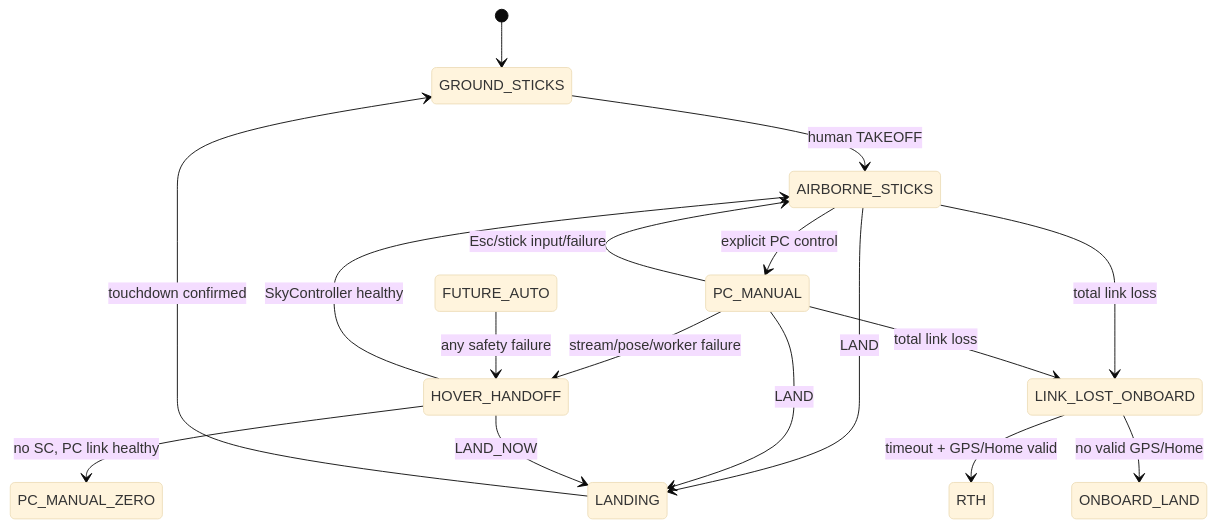
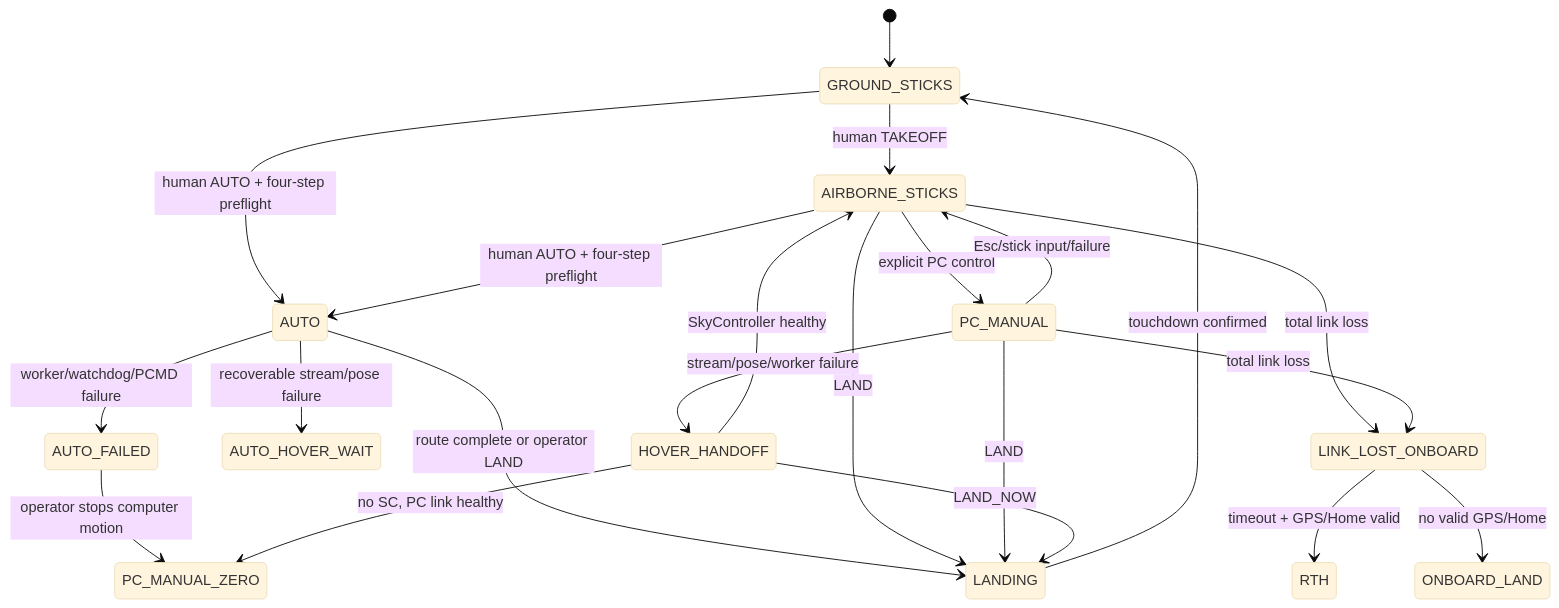
The fifth of 5 diagrams in 文件/SYSTEM_SPEC.md (1122-gggggg/wulai-sfm-localization), drawn with Mermaid (base theme) before and after one commit. The commit also changed other lines of this file and 210 other files, not shown here.

````diff
--- a/文件/SYSTEM_SPEC.md
+++ b/文件/SYSTEM_SPEC.md
@@ -664,19 +671,24 @@
 ```mermaid
 stateDiagram-v2
     [*] --> GROUND_STICKS
     GROUND_STICKS --> AIRBORNE_STICKS: human TAKEOFF
     AIRBORNE_STICKS --> PC_MANUAL: explicit PC control
     PC_MANUAL --> AIRBORNE_STICKS: Esc/stick input/failure
     PC_MANUAL --> HOVER_HANDOFF: stream/pose/worker failure
-    FUTURE_AUTO --> HOVER_HANDOFF: any safety failure
+    GROUND_STICKS --> AUTO: human AUTO + four-step preflight
+    AIRBORNE_STICKS --> AUTO: human AUTO + four-step preflight
+    AUTO --> AUTO_HOVER_WAIT: recoverable stream/pose failure
+    AUTO --> AUTO_FAILED: worker/watchdog/PCMD failure
+    AUTO --> LANDING: route complete or operator LAND
+    AUTO_FAILED --> PC_MANUAL_ZERO: operator stops computer motion
     HOVER_HANDOFF --> AIRBORNE_STICKS: SkyController healthy
     HOVER_HANDOFF --> PC_MANUAL_ZERO: no SC, PC link healthy
     AIRBORNE_STICKS --> LANDING: LAND
     PC_MANUAL --> LANDING: LAND
     HOVER_HANDOFF --> LANDING: LAND_NOW
     LANDING --> GROUND_STICKS: touchdown confirmed
     AIRBORNE_STICKS --> LINK_LOST_ONBOARD: total link loss
     PC_MANUAL --> LINK_LOST_ONBOARD: total link loss
     LINK_LOST_ONBOARD --> RTH: timeout + GPS/Home valid
     LINK_LOST_ONBOARD --> ONBOARD_LAND: no valid GPS/Home
 ```
````
